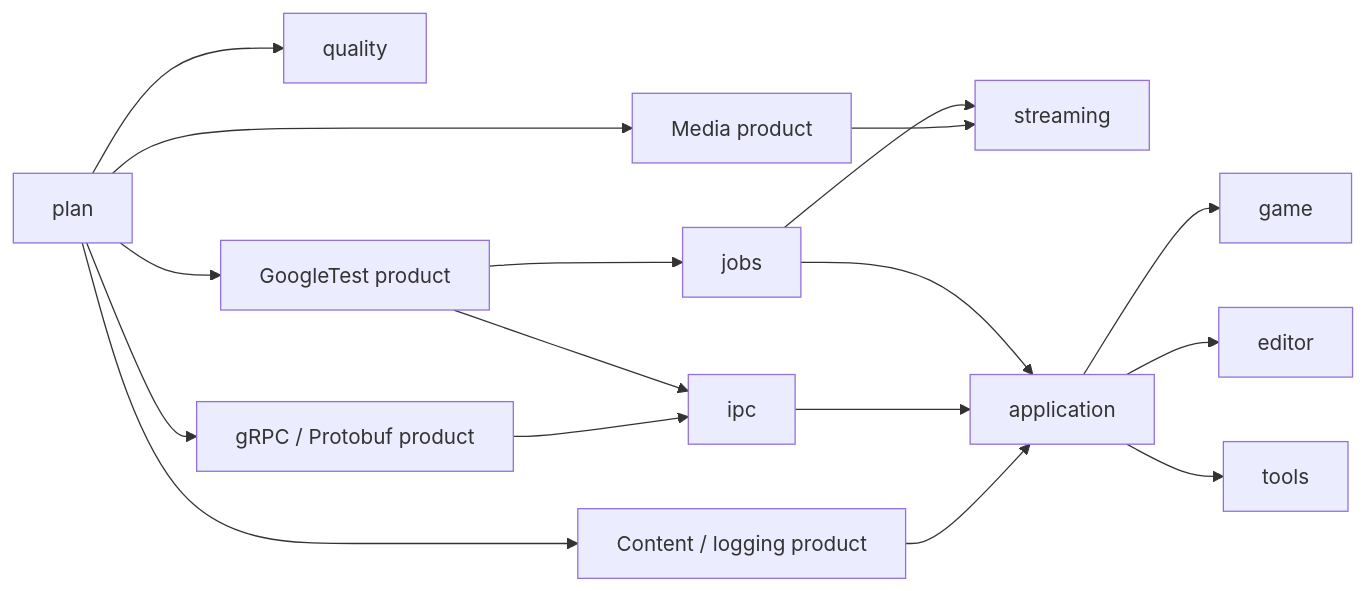
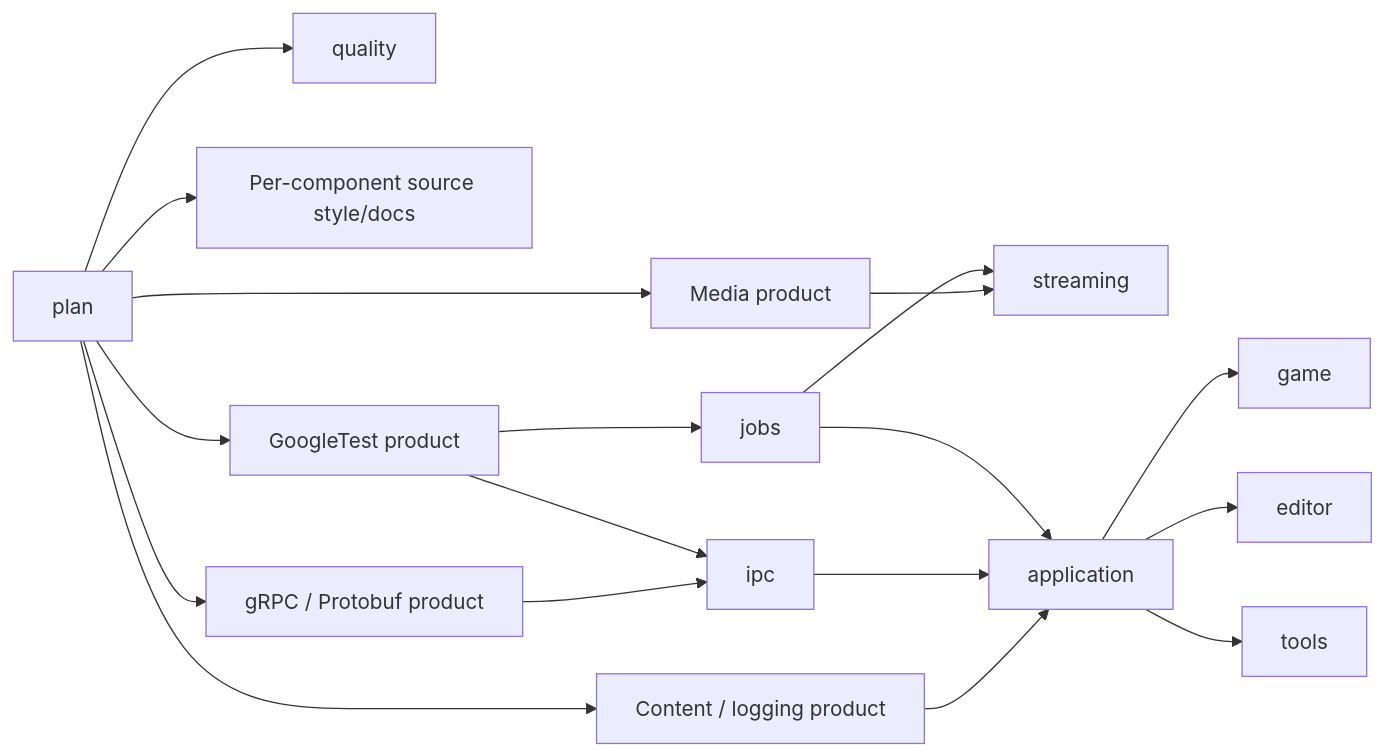
One commit to ocarizr/atlas-ui changed the diagram in docs/12_ci_and_delivery.md. Above: the diagram before and after it, drawn with Mermaid. The commit also changed other lines of this file and 194 other files, not shown here.

First line of the commit message:
Standardize source formatting and reference documentation (#12)

````diff
--- a/docs/12_ci_and_delivery.md
+++ b/docs/12_ci_and_delivery.md
@@ -10,19 +11,20 @@
 ```mermaid
 flowchart LR
   plan --> quality
+  plan --> formatting[Per-component source style/docs]
   plan --> testing[GoogleTest product]
   plan --> media[Media product]
   plan --> transport[gRPC / Protobuf product]
   plan --> content[Content / logging product]
   testing --> jobs
   jobs --> streaming
   media --> streaming
   testing --> ipc
   transport --> ipc
   jobs --> application
   ipc --> application
   content --> application
   application --> game
   application --> editor
   application --> tools
 ```
````
